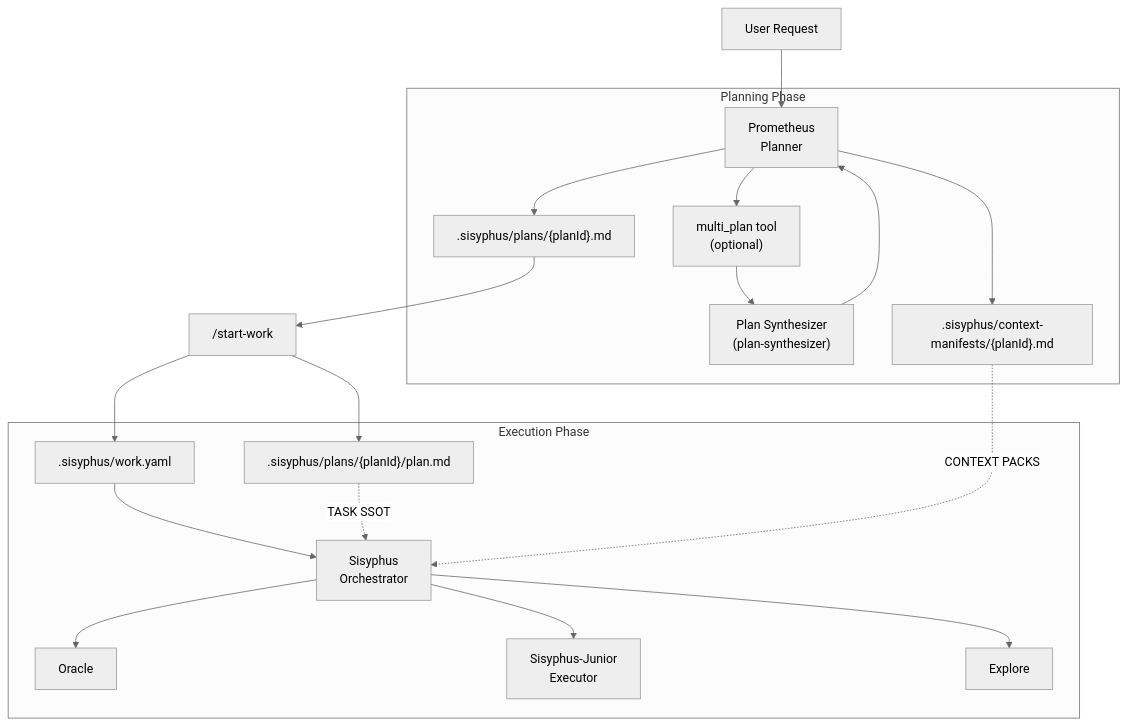
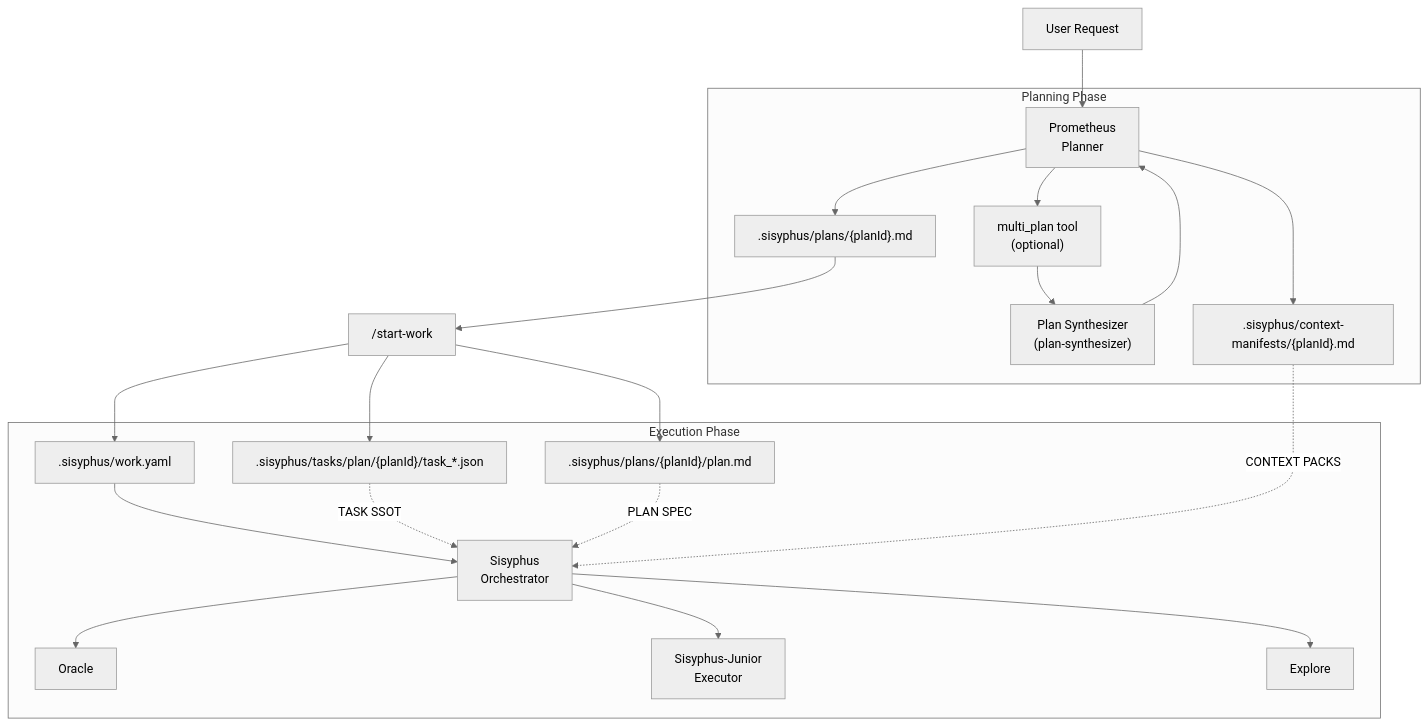
Before and after one commit to arcthur/oh-my-opencode: the second of 2 diagrams in docs/guide/orchestration.md, drawn with Mermaid (neutral theme). The commit also changed other lines of this file and 171 other files, not shown here.

First line of the commit message:
refactor(task-graph): hard switch to TaskGraph V2 SSOT

````diff
--- a/docs/guide/orchestration.md
+++ b/docs/guide/orchestration.md
@@ -41,25 +41,27 @@
 ```mermaid
 flowchart TD
     User[User Request] --> Prometheus
 
     subgraph Planning Phase
         Prometheus["Prometheus<br>Planner"] --> MultiPlan["multi_plan tool<br>(optional)"]
         MultiPlan --> Synth["Plan Synthesizer<br>(plan-synthesizer)"]
         Synth --> Prometheus
         Prometheus --> PlanDraft[".sisyphus/plans/{planId}.md"]
         Prometheus --> ManifestFile[".sisyphus/context-manifests/{planId}.md"]
     end
 
     PlanDraft --> StartWork["/start-work"]
     StartWork --> WorkState[".sisyphus/work.yaml"]
     StartWork --> ExecPlan[".sisyphus/plans/{planId}/plan.md"]
+    StartWork --> TaskGraph[".sisyphus/tasks/plan/{planId}/task_*.json"]
 
     subgraph Execution Phase
         WorkState --> Sisyphus[Sisyphus<br>Orchestrator]
-        ExecPlan -.-> |"TASK SSOT"| Sisyphus
+        TaskGraph -.-> |"TASK SSOT"| Sisyphus
+        ExecPlan -.-> |"PLAN SPEC"| Sisyphus
         ManifestFile -.-> |"CONTEXT PACKS"| Sisyphus
         Sisyphus --> Oracle[Oracle]
         Sisyphus --> Junior["Sisyphus-Junior<br>Executor"]
         Sisyphus --> Explore[Explore]
     end
 ```
````
